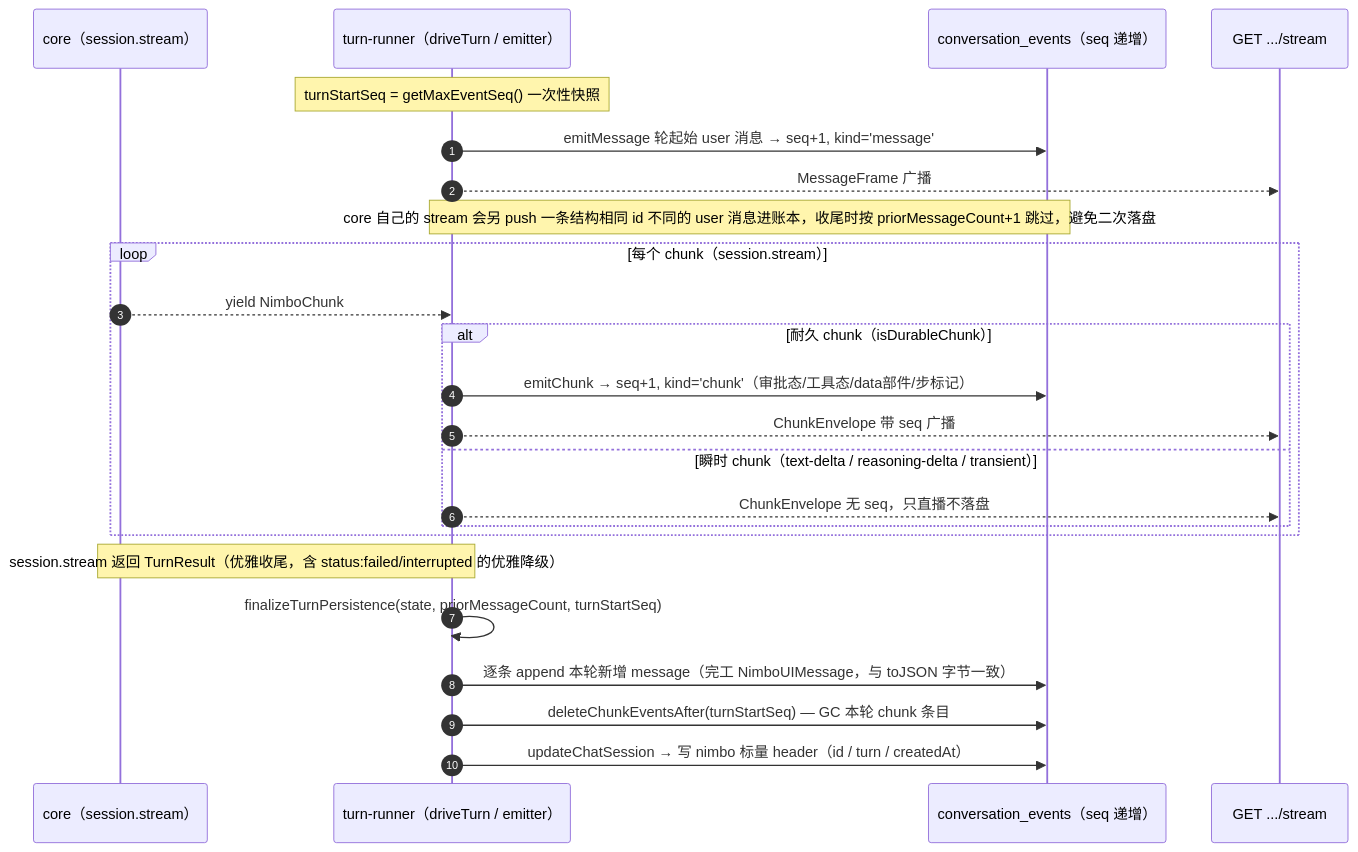
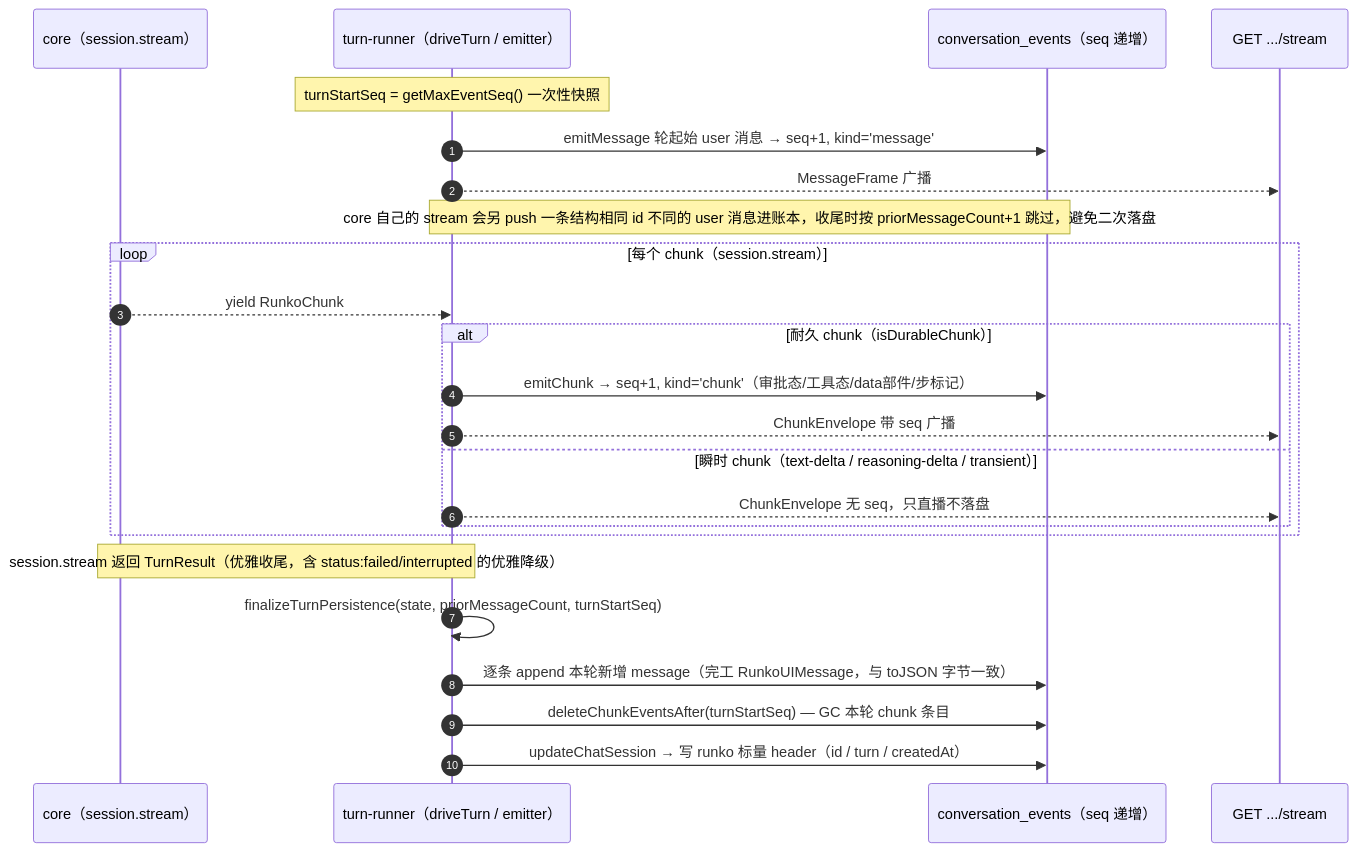
The third of 3 diagrams in docs/logic/orchestration/tech/single-ledger.md (ludafa/runko), drawn with Mermaid before and after one commit. The commit also changed other lines of this file and 450 other files, not shown here.

First line of the commit message:
refactor: 全仓库改名 nimbo → runko，库表名改用 agent_ 前缀

````diff
--- a/docs/logic/orchestration/tech/single-ledger.md
+++ b/docs/logic/orchestration/tech/single-ledger.md
@@ -258,29 +258,29 @@
 ```mermaid
 sequenceDiagram
     autonumber
     participant Core as core（session.stream）
     participant TR as turn-runner（driveTurn / emitter）
     participant DB as conversation_events（seq 递增）
     participant SSE as GET .../stream
 
     Note over TR: turnStartSeq = getMaxEventSeq() 一次性快照
     TR->>DB: emitMessage 轮起始 user 消息 → seq+1, kind='message'
     TR-->>SSE: MessageFrame 广播
     Note over TR,DB: core 自己的 stream 会另 push 一条结构相同 id 不同的 user 消息进账本，收尾时按 priorMessageCount+1 跳过，避免二次落盘
 
     loop 每个 chunk（session.stream）
-        Core-->>TR: yield NimboChunk
+        Core-->>TR: yield RunkoChunk
         alt 耐久 chunk（isDurableChunk）
             TR->>DB: emitChunk → seq+1, kind='chunk'（审批态/工具态/data部件/步标记）
             TR-->>SSE: ChunkEnvelope 带 seq 广播
         else 瞬时 chunk（text-delta / reasoning-delta / transient）
             TR-->>SSE: ChunkEnvelope 无 seq，只直播不落盘
         end
     end
 
     Note over Core,TR: session.stream 返回 TurnResult（优雅收尾，含 status:failed/interrupted 的优雅降级）
     TR->>TR: finalizeTurnPersistence(state, priorMessageCount, turnStartSeq)
-    TR->>DB: 逐条 append 本轮新增 message（完工 NimboUIMessage，与 toJSON 字节一致）
+    TR->>DB: 逐条 append 本轮新增 message（完工 RunkoUIMessage，与 toJSON 字节一致）
     TR->>DB: deleteChunkEventsAfter(turnStartSeq) — GC 本轮 chunk 条目
-    TR->>DB: updateChatSession → 写 nimbo 标量 header（id / turn / createdAt）
+    TR->>DB: updateChatSession → 写 runko 标量 header（id / turn / createdAt）
 ```
````
